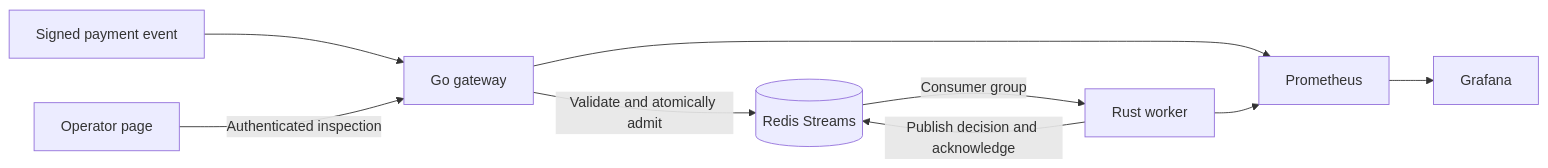
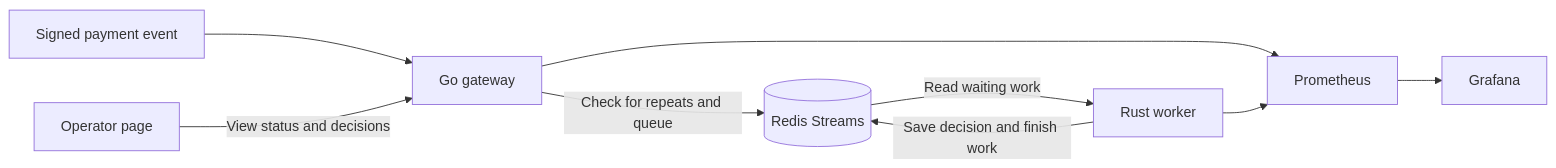
Before and after one commit to chinmayarvind23/pulse-gate: the diagram in README.md, drawn with Mermaid. The commit also changed other lines of this file, not shown here.

````diff
--- a/README.md
+++ b/README.md
@@ -32,11 +40,11 @@
 ```mermaid
 flowchart LR
     Provider[Signed payment event] --> Gateway[Go gateway]
-    Gateway -->|Validate and atomically admit| Redis[(Redis Streams)]
-    Redis -->|Consumer group| Worker[Rust worker]
-    Worker -->|Publish decision and acknowledge| Redis
-    UI[Operator page] -->|Authenticated inspection| Gateway
+    Gateway -->|Check for repeats and queue| Redis[(Redis Streams)]
+    Redis -->|Read waiting work| Worker[Rust worker]
+    Worker -->|Save decision and finish work| Redis
+    UI[Operator page] -->|View status and decisions| Gateway
     Gateway --> Prometheus
     Worker --> Prometheus
     Prometheus --> Grafana
 ```
````
